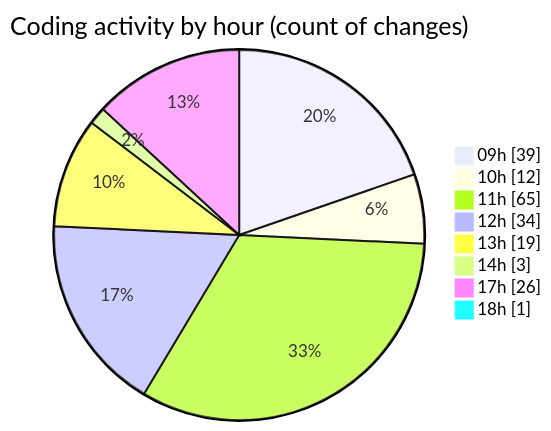
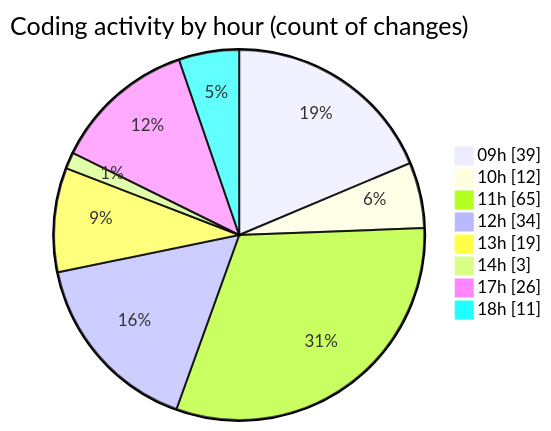
Before and after one commit to momahboobian/code-tracking: the second of 2 diagrams in 2025-03-04/cda/README.md, drawn with Mermaid. The commit also changed other lines of this file and 1 other file, not shown here.

````diff
--- a/2025-03-04/cda/README.md
+++ b/2025-03-04/cda/README.md
@@ -35,12 +35,12 @@
 ```mermaid
 pie showData
 title Coding activity by hour (count of changes)
 "09h" : 39
 "10h" : 12
 "11h" : 65
 "12h" : 34
 "13h" : 19
 "14h" : 3
 "17h" : 26
-"18h" : 1
+"18h" : 11
 ```
````
